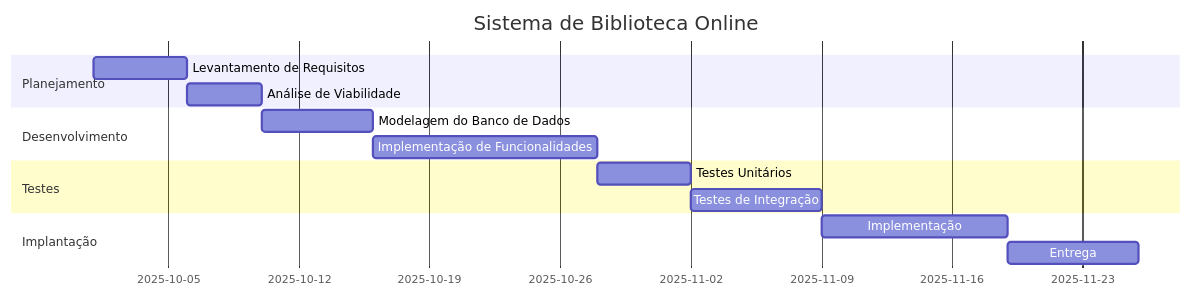
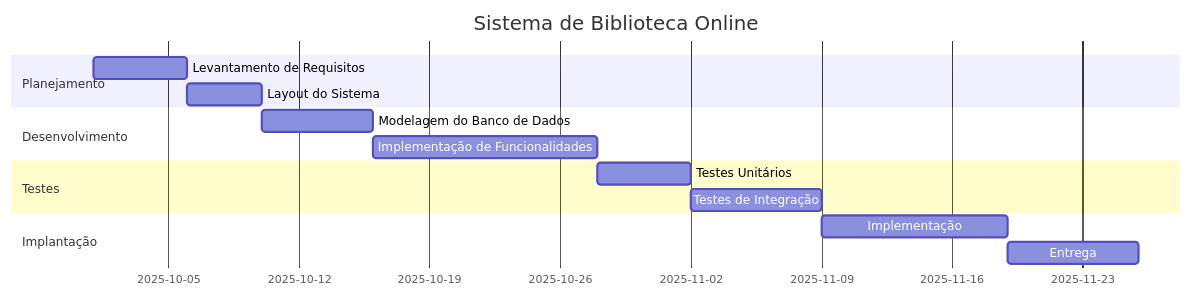
Before and after one commit to AnandaMazine/Grafico-Gantt: the first of 4 diagrams in README.md, drawn with Mermaid.

````diff
--- a/README.md
+++ b/README.md
@@ -1,18 +1,18 @@
 ```mermaid
 gantt
 title Sistema de Biblioteca Online
 dateFormat YYYY-MM-DD
 section Planejamento
 Levantamento de Requisitos:lr, 2025-10-01, 5d
-Análise de Viabilidade:av, after lr, 4d
+Layout do Sistema:ls, after lr, 4d
 section Desenvolvimento
-Modelagem do Banco de Dados:bd, after av, 6d
+Modelagem do Banco de Dados:bd, after ls, 6d
 Implementação de Funcionalidades:if, after bd, 12d
 section Testes
 Testes Unitários:tu, after if, 5d
 Testes de Integração:ti, after tu, 7d
 section Implantação
 Implementação:im, after ti, 10d
 Entrega:en, after im, 7d
 
 ```
````
